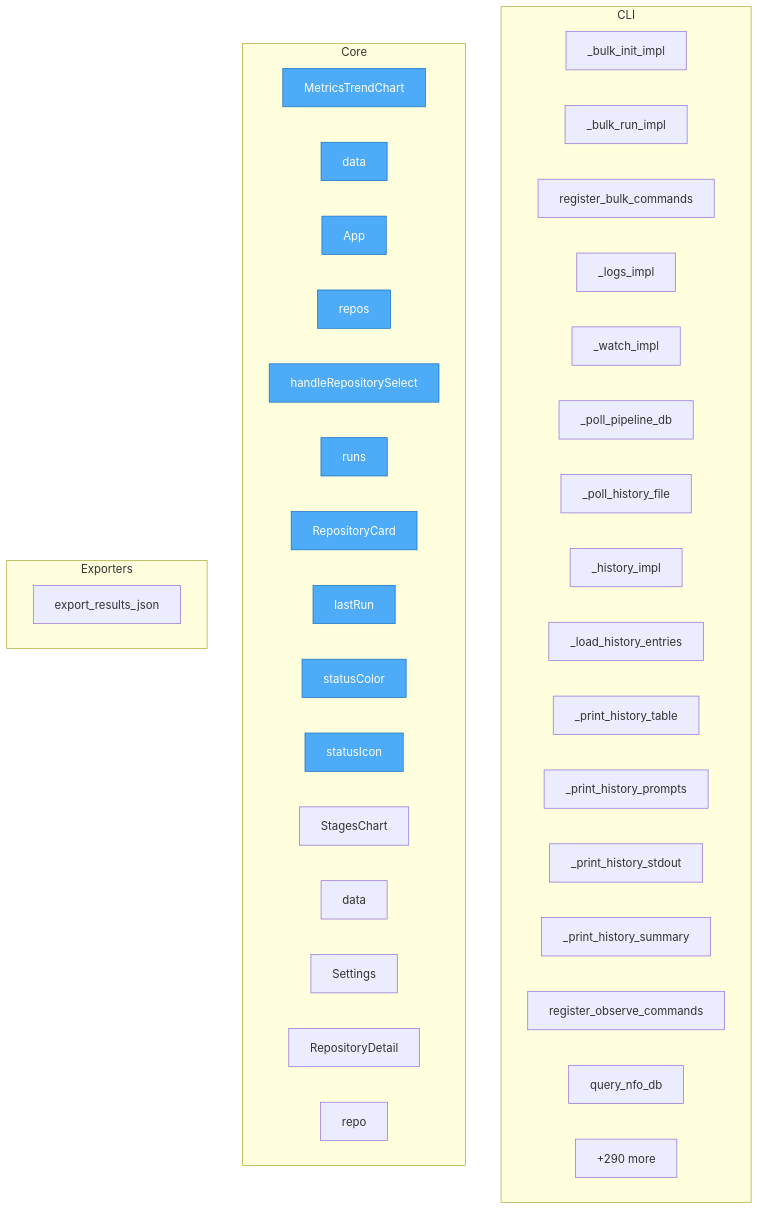
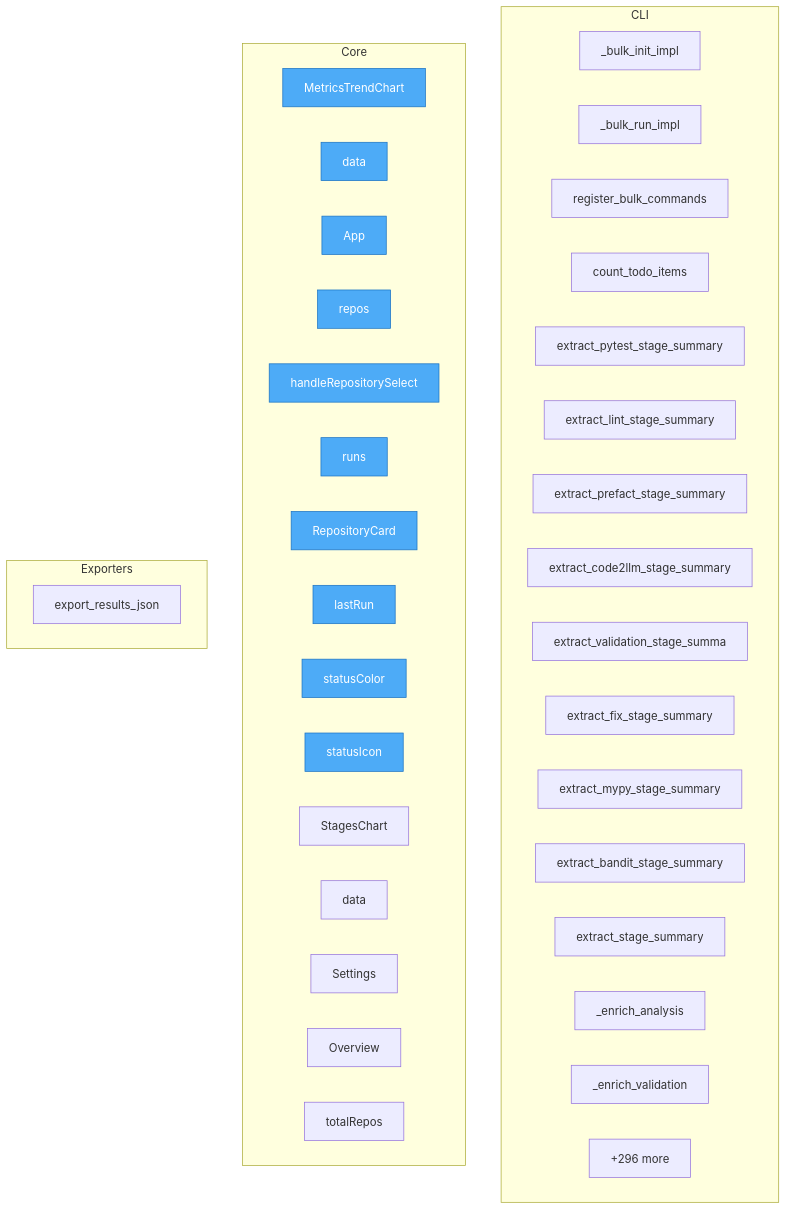
The diagram in project/flow.mmd (semcod/pyqual), drawn with Mermaid before and after one commit. The commit also changed 26 other files, not shown here.

```diff
--- a/project/flow.mmd
+++ b/project/flow.mmd
@@ -1,48 +1,48 @@
 flowchart TD
 
     %% Entry points (blue)
     classDef entry fill:#4dabf7,stroke:#1971c2,color:#fff
 
     subgraph CLI
         pyqual__cli_bulk_cmds___bulk_init_impl["_bulk_init_impl"]
         pyqual__cli_bulk_cmds___bulk_run_impl["_bulk_run_impl"]
         pyqual__cli_bulk_cmds__register_bulk_commands["register_bulk_commands"]
-        pyqual__cli_observe___logs_impl["_logs_impl"]
-        pyqual__cli_observe___watch_impl["_watch_impl"]
-        pyqual__cli_observe___poll_pipeline_db["_poll_pipeline_db"]
-        pyqual__cli_observe___poll_history_file["_poll_history_file"]
-        pyqual__cli_observe___history_impl["_history_impl"]
-        pyqual__cli_observe___load_history_entries["_load_history_entries"]
-        pyqual__cli_observe___print_history_table["_print_history_table"]
-        pyqual__cli_observe___print_history_prompts["_print_history_prompts"]
-        pyqual__cli_observe___print_history_stdout["_print_history_stdout"]
-        pyqual__cli_observe___print_history_summary["_print_history_summary"]
-        pyqual__cli_observe__register_observe_commands["register_observe_commands"]
-        pyqual__cli_log_helpers__query_nfo_db["query_nfo_db"]
+        pyqual__cli_run_helpers__count_todo_items["count_todo_items"]
+        pyqual__cli_run_helpers__extract_pytest_stage_summary["extract_pytest_stage_summary"]
+        pyqual__cli_run_helpers__extract_lint_stage_summary["extract_lint_stage_summary"]
+        pyqual__cli_run_helpers__extract_prefact_stage_summary["extract_prefact_stage_summary"]
+        pyqual__cli_run_helpers__extract_code2llm_stage_summary["extract_code2llm_stage_summary"]
+        pyqual__cli_run_helpers__extract_validation_stage_summary["extract_validation_stage_summa"]
+        pyqual__cli_run_helpers__extract_fix_stage_summary["extract_fix_stage_summary"]
+        pyqual__cli_run_helpers__extract_mypy_stage_summary["extract_mypy_stage_summary"]
+        pyqual__cli_run_helpers__extract_bandit_stage_summary["extract_bandit_stage_summary"]
+        pyqual__cli_run_helpers__extract_stage_summary["extract_stage_summary"]
+        pyqual__cli_run_helpers___enrich_analysis["_enrich_analysis"]
+        pyqual__cli_run_helpers___enrich_validation["_enrich_validation"]
         ...["+70 more"]
     end
 
     subgraph Core
         dashboard__src__components__MetricsTrendChart__MetricsTrendChart["MetricsTrendChart"]
         dashboard__src__components__MetricsTrendChart__data["data"]
         dashboard__src__App__App["App"]
         dashboard__src__App__repos["repos"]
         dashboard__src__App__handleRepositorySelect["handleRepositorySelect"]
         dashboard__src__App__runs["runs"]
         dashboard__src__App__RepositoryCard["RepositoryCard"]
         dashboard__src__App__lastRun["lastRun"]
         dashboard__src__App__statusColor["statusColor"]
         dashboard__src__App__statusIcon["statusIcon"]
         dashboard__src__components__StagesChart__StagesChart["StagesChart"]
         dashboard__src__components__StagesChart__data["data"]
         dashboard__src__components__Settings__Settings["Settings"]
-        dashboard__src__components__RepositoryDetail__RepositoryDetail["RepositoryDetail"]
-        dashboard__src__components__RepositoryDetail__repo["repo"]
-        ...["+290 more"]
+        dashboard__src__components__Overview__Overview["Overview"]
+        dashboard__src__components__Overview__totalRepos["totalRepos"]
+        ...["+296 more"]
     end
 
     subgraph Exporters
         pyqual__api__export_results_json["export_results_json"]
     end
 
     class dashboard__src__components__MetricsTrendChart__MetricsTrendChart,dashboard__src__components__MetricsTrendChart__data,dashboard__src__App__App,dashboard__src__App__repos,dashboard__src__App__handleRepositorySelect,dashboard__src__App__runs,dashboard__src__App__RepositoryCard,dashboard__src__App__lastRun,dashboard__src__App__statusColor,dashboard__src__App__statusIcon entry
```
